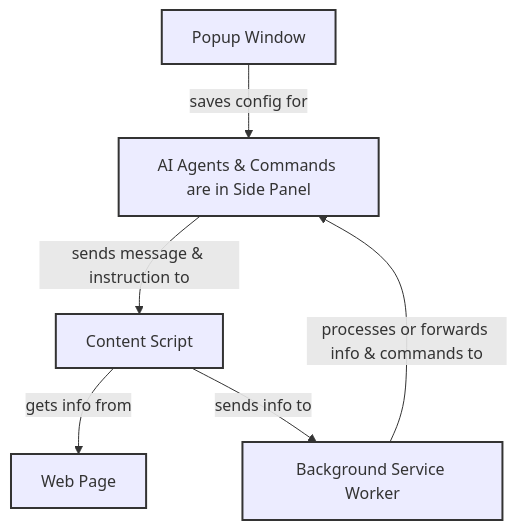
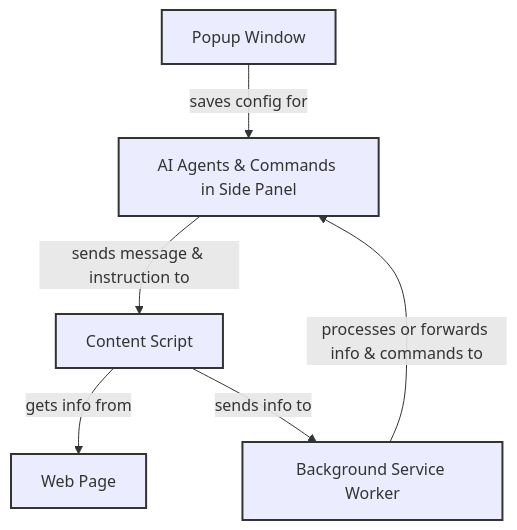
The first of 3 diagrams in docs/tutorial/an_introduction_to_gluonmeson_chrome_extension.md (yingrui/gluonmeson-chrome-extension), drawn with Mermaid before and after one commit. The commit also changed 2 other files, not shown here.

Commit message:
yingrui: modify docs

````diff
--- a/docs/tutorial/an_introduction_to_gluonmeson_chrome_extension.md
+++ b/docs/tutorial/an_introduction_to_gluonmeson_chrome_extension.md
@@ -20,11 +20,11 @@
 ```mermaid
 graph TD;
-    B[Popup Window] -->|saves config for| C[AI Agents & Commands are in Side Panel]
+    B[Popup Window] -->|saves config for| C[AI Agents & Commands in Side Panel]
     C -->|sends message & instruction to| D[Content Script]
     D -->|gets info from| E[Web Page]
     D -->|sends info to| F[Background Service Worker]
     F -->|processes or forwards info & commands to| C
 
     classDef className fill:#f9,stroke:#333,stroke-width:2px;
     class B,C,D,E,F className;
 ```
````
